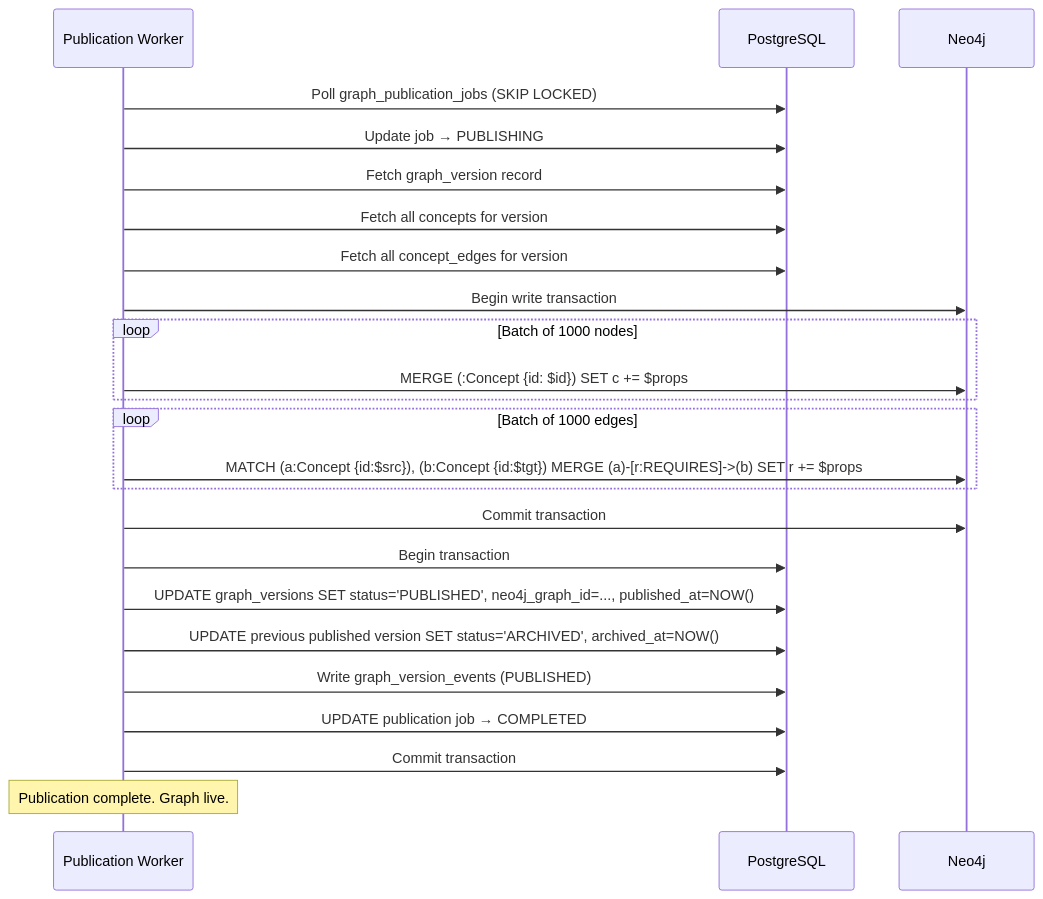
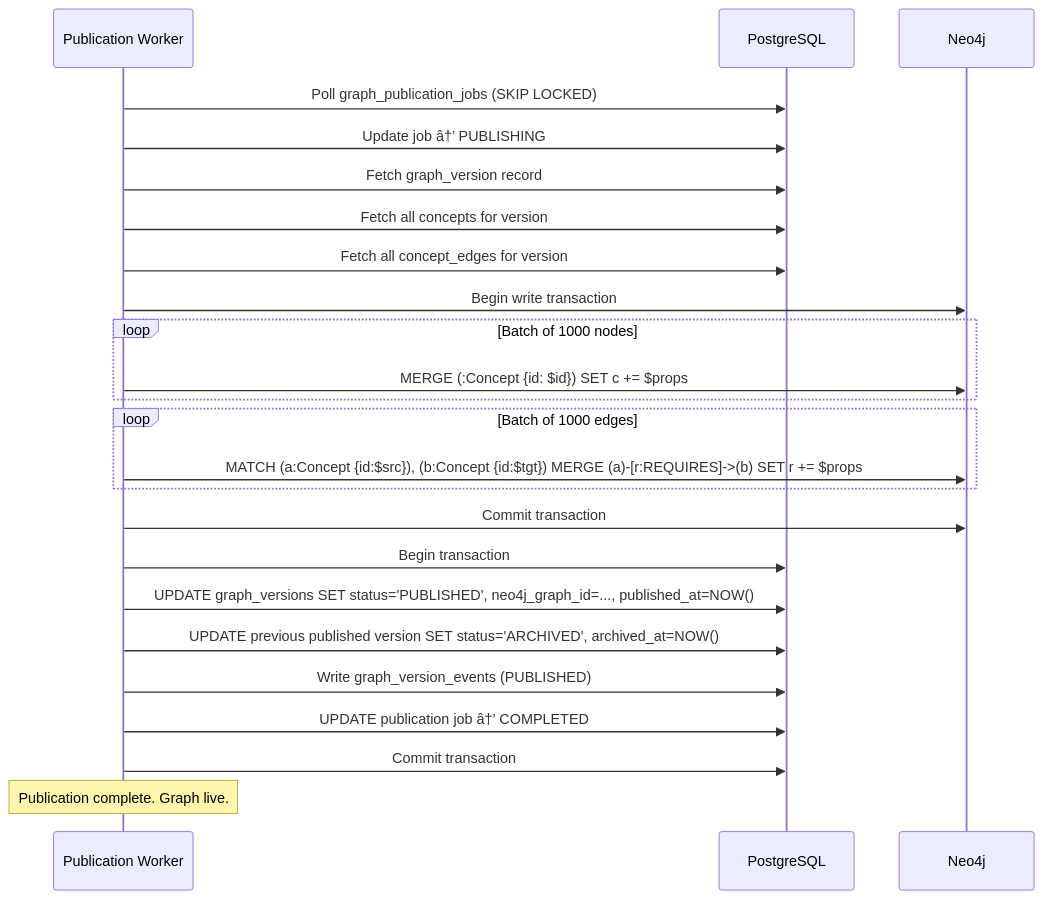
One commit to Ujjwaljain16/GenAI-34 changed the fourth of 4 diagrams in docs/architecture/ingestion_pipeline.md. Above: the diagram before and after it, drawn with Mermaid. The commit also changed other lines of this file and 8 other files, not shown here.

````diff
--- a/docs/architecture/ingestion_pipeline.md
+++ b/docs/architecture/ingestion_pipeline.md
@@ -1311,31 +1311,31 @@
 ```mermaid
 sequenceDiagram
     participant W as Publication Worker
     participant PG as PostgreSQL
     participant N4J as Neo4j
 
     W->>PG: Poll graph_publication_jobs (SKIP LOCKED)
-    W->>PG: Update job → PUBLISHING
+    W->>PG: Update job â†’ PUBLISHING
 
     W->>PG: Fetch graph_version record
     W->>PG: Fetch all concepts for version
     W->>PG: Fetch all concept_edges for version
 
     W->>N4J: Begin write transaction
     loop Batch of 1000 nodes
         W->>N4J: MERGE (:Concept {id: $id}) SET c += $props
     end
     loop Batch of 1000 edges
         W->>N4J: MATCH (a:Concept {id:$src}), (b:Concept {id:$tgt}) MERGE (a)-[r:REQUIRES]->(b) SET r += $props
     end
     W->>N4J: Commit transaction
 
     W->>PG: Begin transaction
     W->>PG: UPDATE graph_versions SET status='PUBLISHED', neo4j_graph_id=..., published_at=NOW()
     W->>PG: UPDATE previous published version SET status='ARCHIVED', archived_at=NOW()
     W->>PG: Write graph_version_events (PUBLISHED)
-    W->>PG: UPDATE publication job → COMPLETED
+    W->>PG: UPDATE publication job â†’ COMPLETED
     W->>PG: Commit transaction
 
     Note over W: Publication complete. Graph live.
 ```
````
